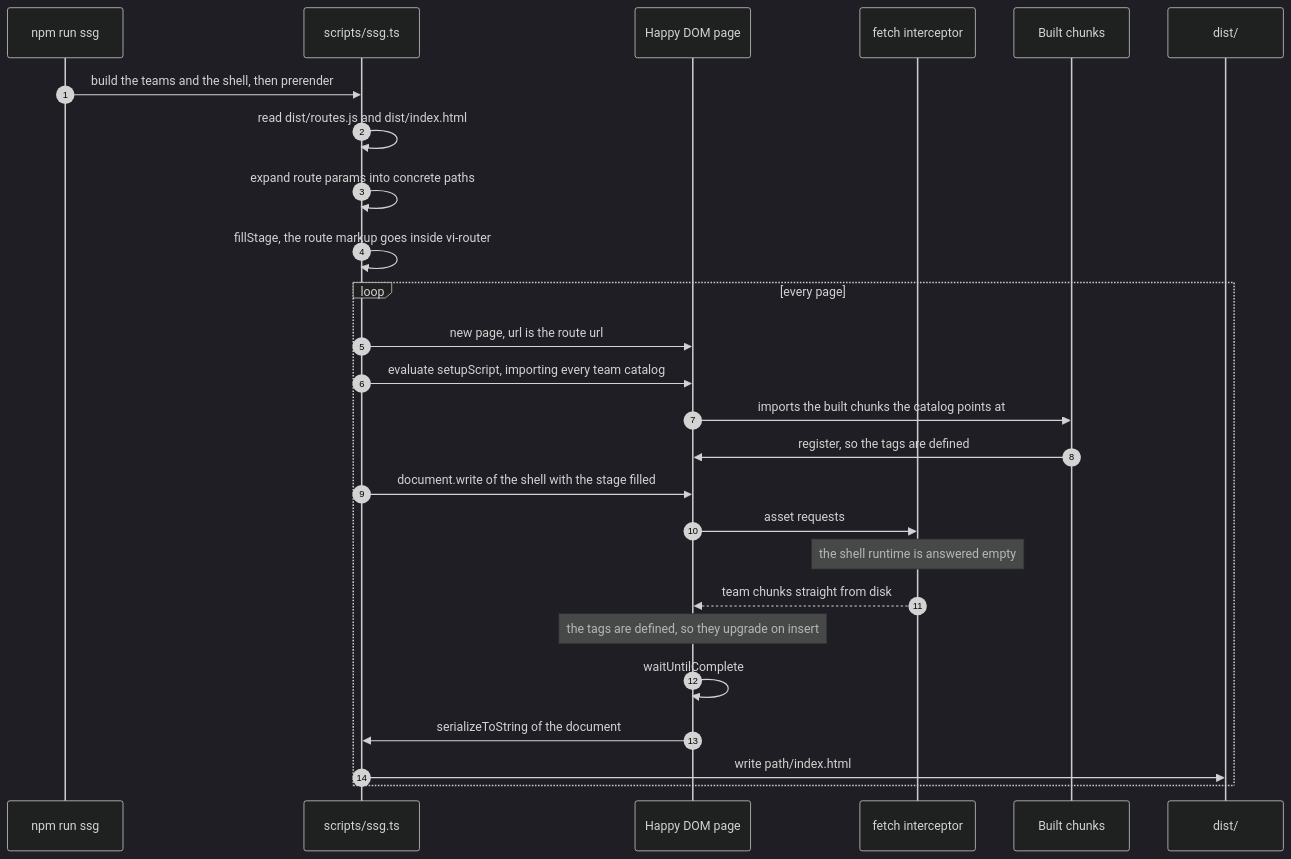
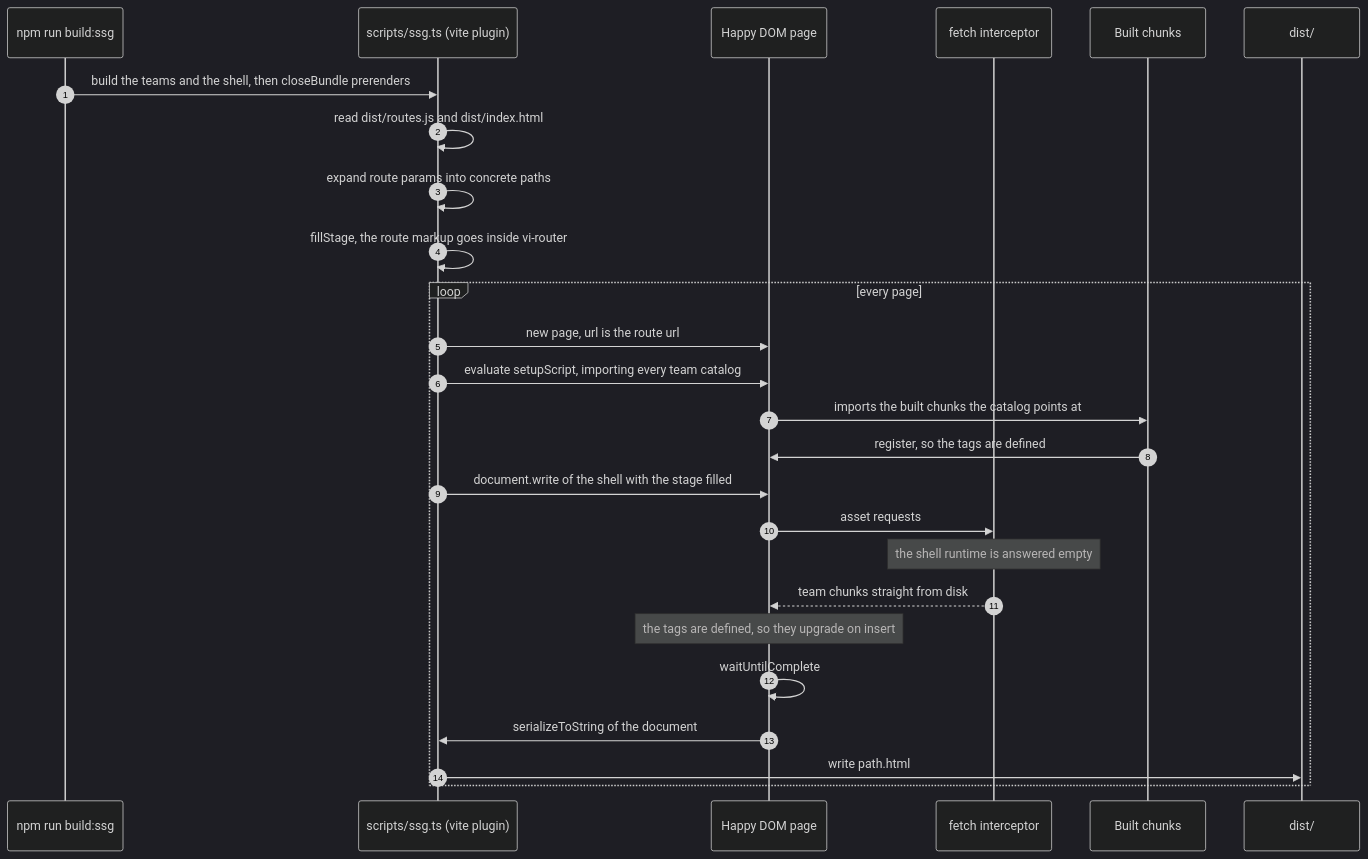
Before and after one commit to vitocal/mfe-tractor-store: the second of 2 diagrams in README.md, drawn with Mermaid (dark theme). The commit also changed other lines of this file and 12 other files, not shown here.

````diff
--- a/README.md
+++ b/README.md
@@ -146,30 +150,30 @@
 ```mermaid
 sequenceDiagram
   autonumber
-  participant C as npm run ssg
-  participant G as scripts/ssg.ts
+  participant C as npm run build:ssg
+  participant G as scripts/ssg.ts (vite plugin)
   participant P as Happy DOM page
   participant I as fetch interceptor
   participant K as Built chunks
   participant D as dist/
 
-  C->>G: build the teams and the shell, then prerender
+  C->>G: build the teams and the shell, then closeBundle prerenders
   G->>G: read dist/routes.js and dist/index.html
   G->>G: expand route params into concrete paths
   G->>G: fillStage, the route markup goes inside vi-router
 
   loop every page
     G->>P: new page, url is the route url
     G->>P: evaluate setupScript, importing every team catalog
     P->>K: imports the built chunks the catalog points at
     K->>P: register, so the tags are defined
     G->>P: document.write of the shell with the stage filled
     P->>I: asset requests
     Note over I: the shell runtime is answered empty
     I-->>P: team chunks straight from disk
     Note over P: the tags are defined, so they upgrade on insert
     P->>P: waitUntilComplete
     P->>G: serializeToString of the document
-    G->>D: write path/index.html
+    G->>D: write path.html
   end
 ```
````
